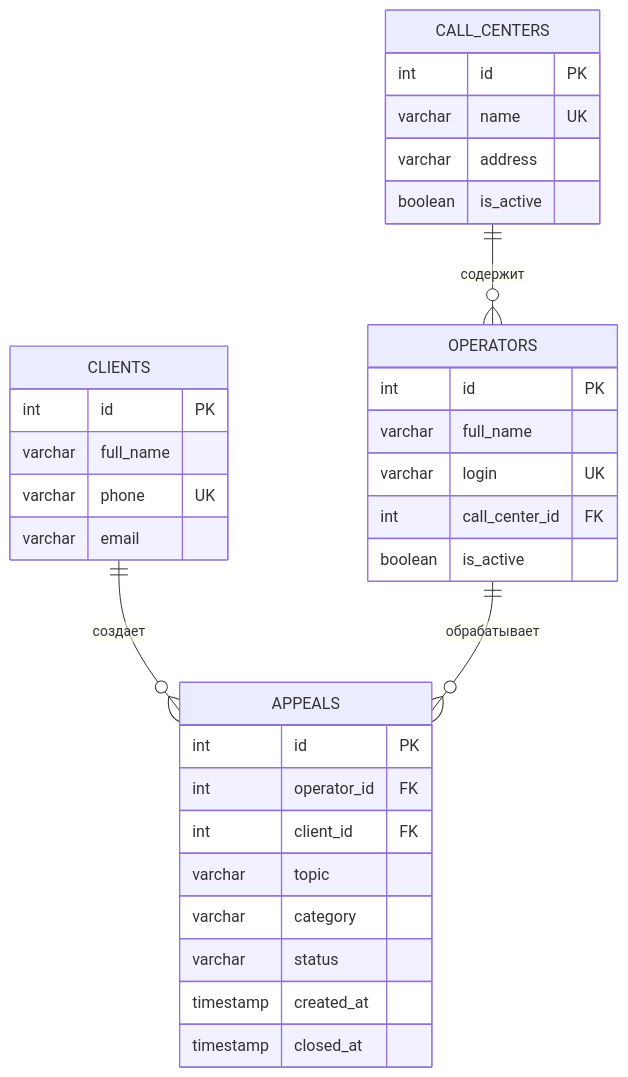
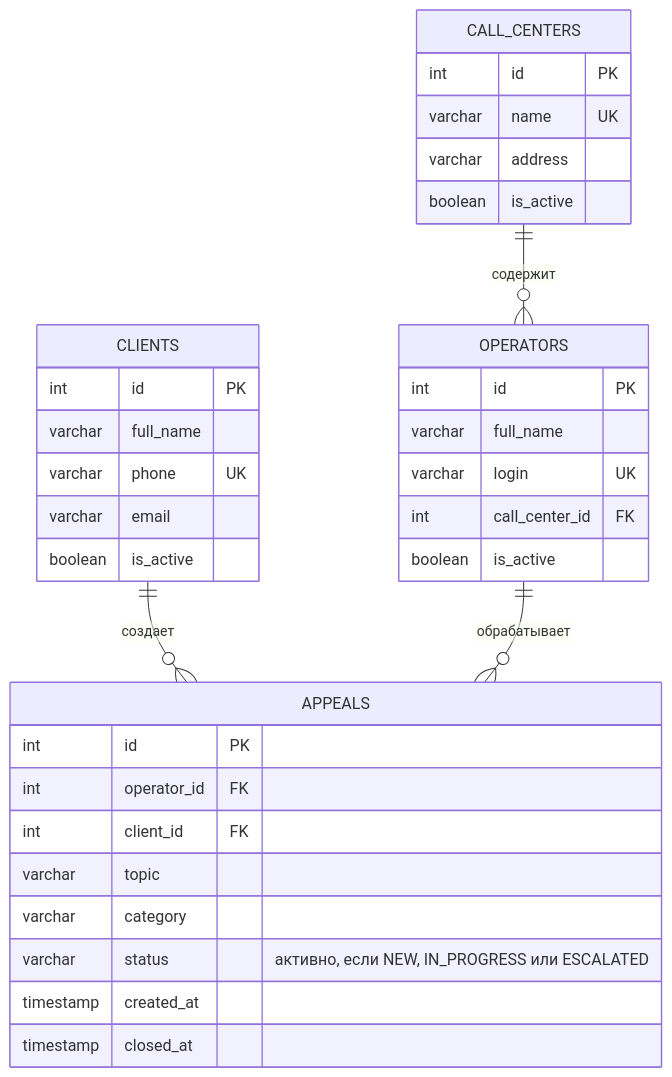
Before and after one commit to nizi52/ru_Mirea_call-center: the diagram in README.md, drawn with Mermaid. The commit also changed other lines of this file and 18 other files, not shown here.

````diff
--- a/README.md
+++ b/README.md
@@ -92,35 +93,36 @@
 ```mermaid
 erDiagram
     CALL_CENTERS ||--o{ OPERATORS : "содержит"
     CLIENTS ||--o{ APPEALS : "создает"
     OPERATORS ||--o{ APPEALS : "обрабатывает"
     CALL_CENTERS {
         int id PK
         varchar name UK
         varchar address
         boolean is_active
     }
     OPERATORS {
         int id PK
         varchar full_name
         varchar login UK
         int call_center_id FK
         boolean is_active
     }
     CLIENTS {
         int id PK
         varchar full_name
         varchar phone UK
         varchar email
+        boolean is_active
     }
     APPEALS {
         int id PK
         int operator_id FK
         int client_id FK
         varchar topic
         varchar category
-        varchar status
+        varchar status "активно, если NEW, IN_PROGRESS или ESCALATED"
         timestamp created_at
         timestamp closed_at
     }
 ```
````
